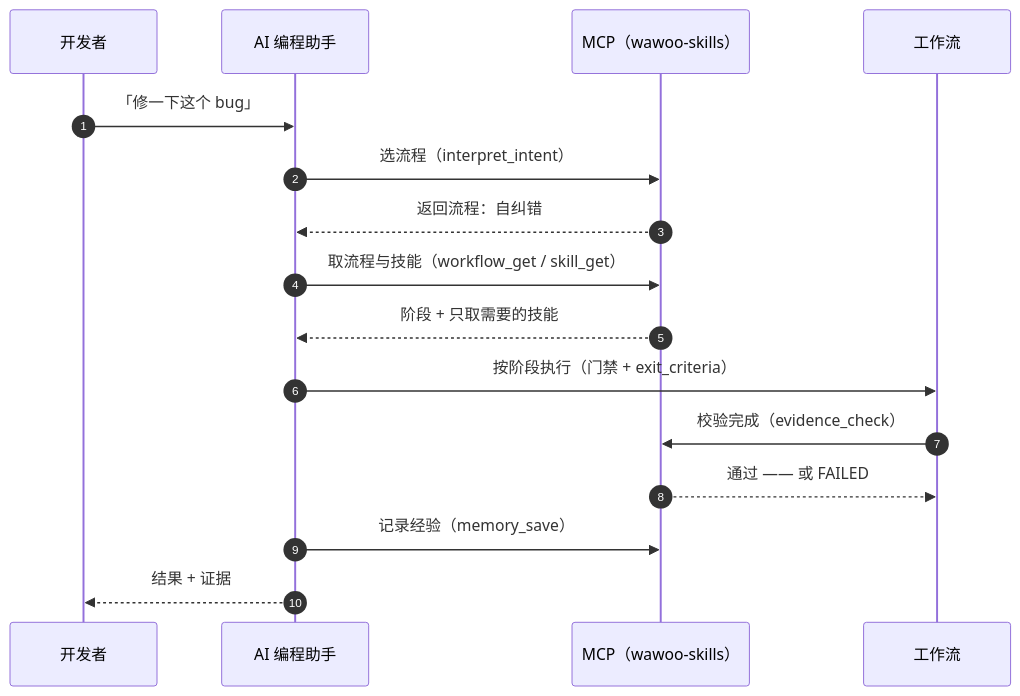
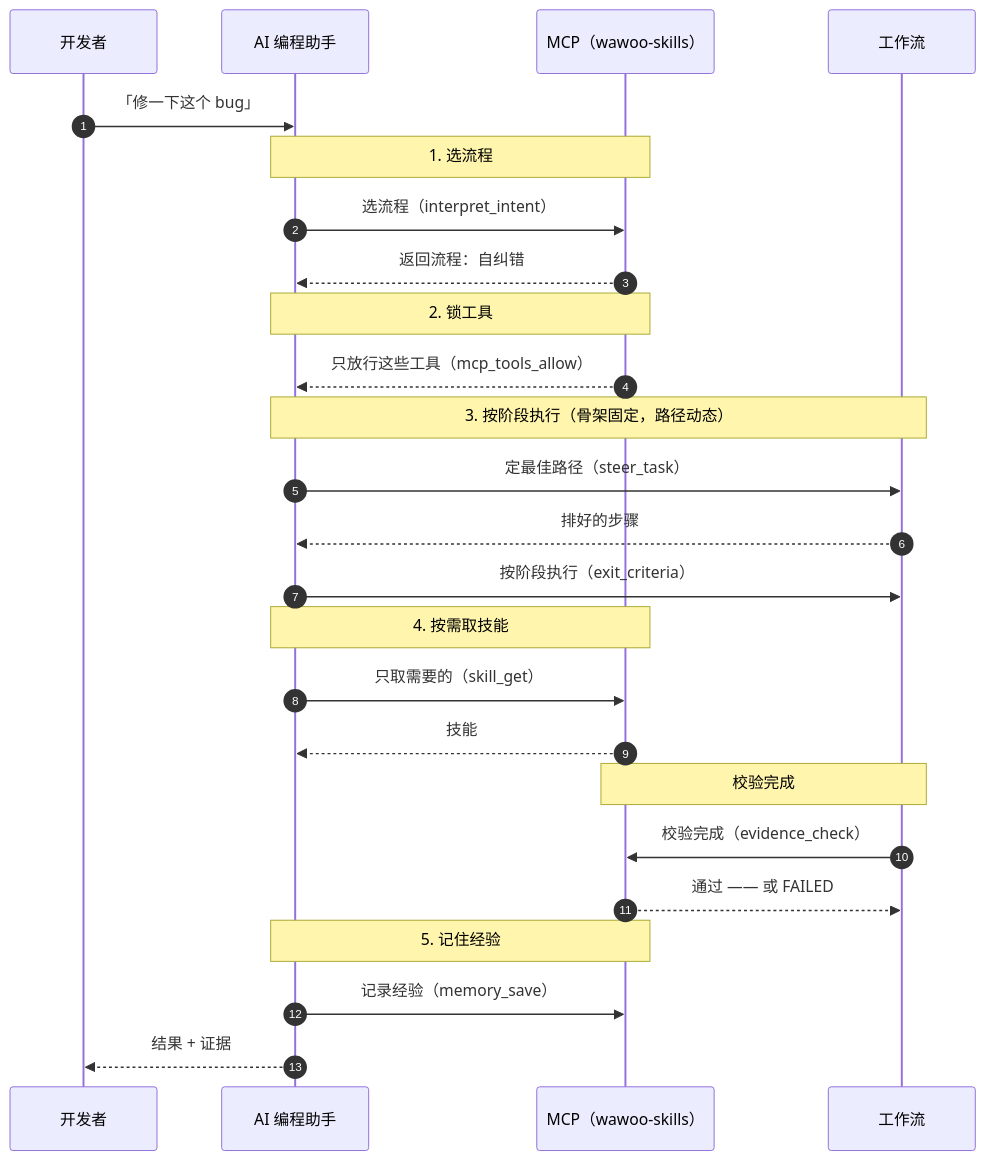
The diagram in README.zh-CN.md (parkwoo/wawoo-agent-skills), drawn with Mermaid before and after one commit. The commit also changed 3 other files, not shown here.

Commit message:
docs: number the sequence diagram to match the five components (dynamic path inside step 3)

````diff
--- a/README.zh-CN.md
+++ b/README.zh-CN.md
@@ -62,18 +62,27 @@
 ```mermaid
 sequenceDiagram
     autonumber
     participant U as 开发者
     participant A as AI 编程助手
     participant M as MCP（wawoo-skills）
     participant W as 工作流
     U->>A: 「修一下这个 bug」
+    Note over A,M: 1. 选流程
     A->>M: 选流程（interpret_intent）
     M-->>A: 返回流程：自纠错
-    A->>M: 取流程与技能（workflow_get / skill_get）
-    M-->>A: 阶段 + 只取需要的技能
-    A->>W: 按阶段执行（门禁 + exit_criteria）
+    Note over A,M: 2. 锁工具
+    M-->>A: 只放行这些工具（mcp_tools_allow）
+    Note over A,W: 3. 按阶段执行（骨架固定，路径动态）
+    A->>W: 定最佳路径（steer_task）
+    W-->>A: 排好的步骤
+    A->>W: 按阶段执行（exit_criteria）
+    Note over A,M: 4. 按需取技能
+    A->>M: 只取需要的（skill_get）
+    M-->>A: 技能
+    Note over W,M: 校验完成
     W->>M: 校验完成（evidence_check）
     M-->>W: 通过 —— 或 FAILED
+    Note over A,M: 5. 记住经验
     A->>M: 记录经验（memory_save）
     A-->>U: 结果 + 证据
 ```
````
